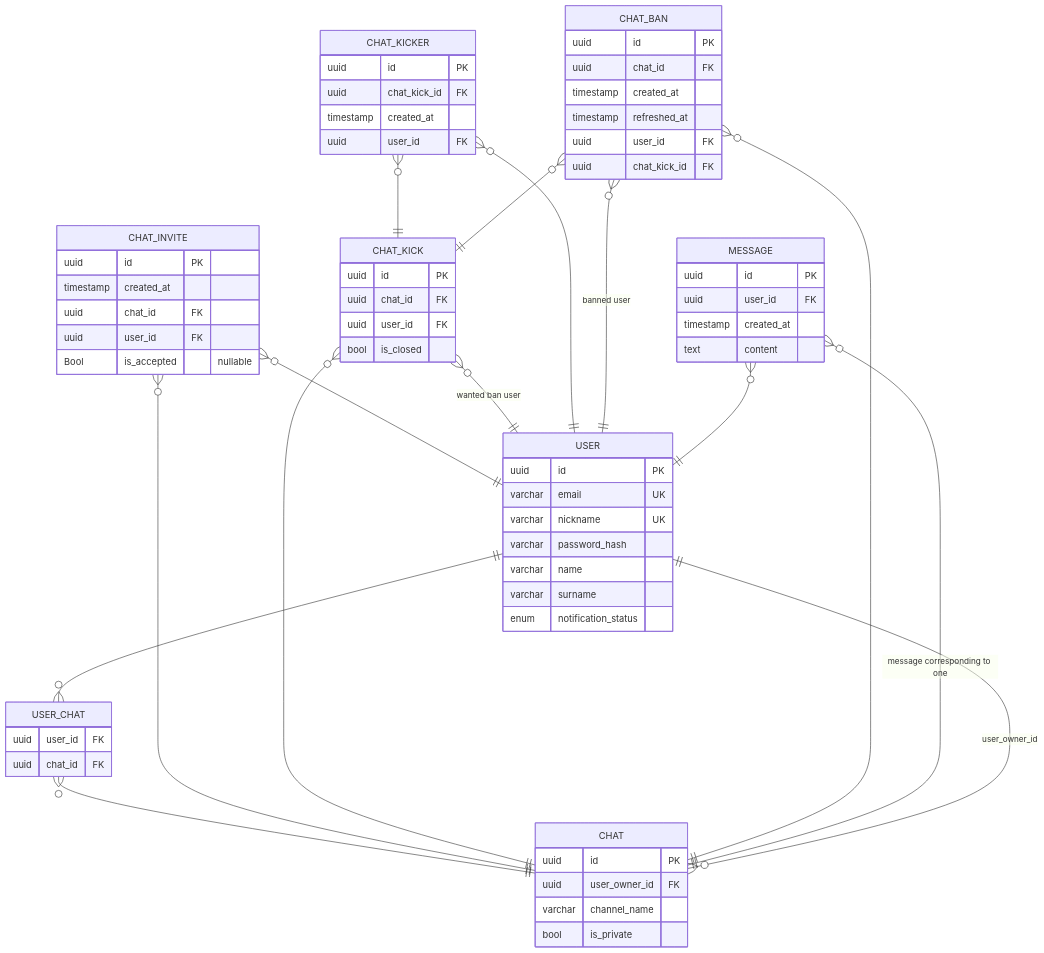
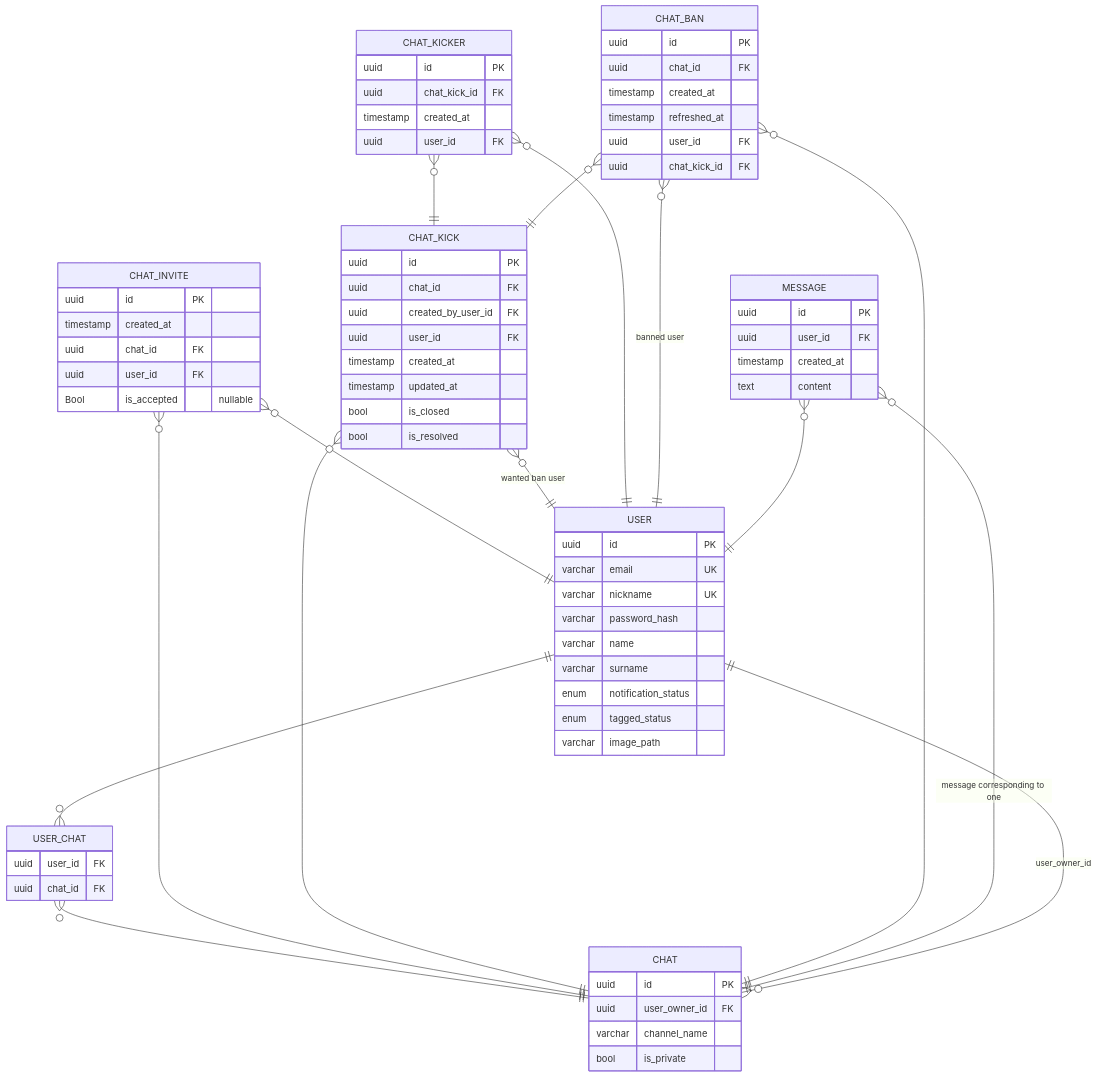
Before and after one commit to justAnArthur/shash: the first of 3 diagrams in README.md, drawn with Mermaid. The commit also changed other lines of this file and 8 other files, not shown here.

````diff
--- a/README.md
+++ b/README.md
@@ -15,76 +75,82 @@
 ```mermaid
 erDiagram
   USER {
     uuid id PK
     varchar email UK
     varchar nickname UK
     varchar password_hash
     varchar name
     varchar surname
     enum notification_status
+    enum tagged_status
+    varchar image_path
   }
 
   USER_CHAT {
     uuid user_id FK
     uuid chat_id FK
   }
   USER || -- o{ USER_CHAT: ""
   USER_CHAT }o -- || CHAT: ""
 
   CHAT {
     uuid id PK
     uuid user_owner_id FK
     varchar channel_name
     bool is_private
   }
   CHAT }o -- || USER: "user_owner_id"
 
   CHAT_INVITE {
     uuid id PK
     timestamp created_at
     uuid chat_id FK
     uuid user_id FK
     Bool is_accepted "nullable"
   }
   CHAT_INVITE }o -- || CHAT: ""
   CHAT_INVITE }o -- || USER: ""
 
   CHAT_KICK {
     uuid id PK
     uuid chat_id FK
+    uuid created_by_user_id FK
     uuid user_id FK
+    timestamp created_at
+    timestamp updated_at
     bool is_closed
+    bool is_resolved
   }
   CHAT_KICK }o -- || CHAT: ""
   CHAT_KICK }o -- || USER: "wanted ban user"
 
   CHAT_KICKER {
     uuid id PK
     uuid chat_kick_id FK
     timestamp created_at
     uuid user_id FK
   }
   CHAT_KICKER }o -- || CHAT_KICK: ""
   CHAT_KICKER }o -- || USER: ""
 
   CHAT_BAN {
     uuid id PK
     uuid chat_id FK
     timestamp created_at
     timestamp refreshed_at
     uuid user_id FK
     uuid chat_kick_id FK
   }
   CHAT_BAN }o -- || CHAT: ""
   CHAT_BAN }o -- || USER: "banned user"
   CHAT_BAN }o -- || CHAT_KICK: ""
 
   MESSAGE {
     uuid id PK
     uuid user_id FK
     timestamp created_at
     text content
   }
   MESSAGE }o -- || USER: ""
   MESSAGE }o--|| CHAT: "message corresponding to one"
 ```
````
